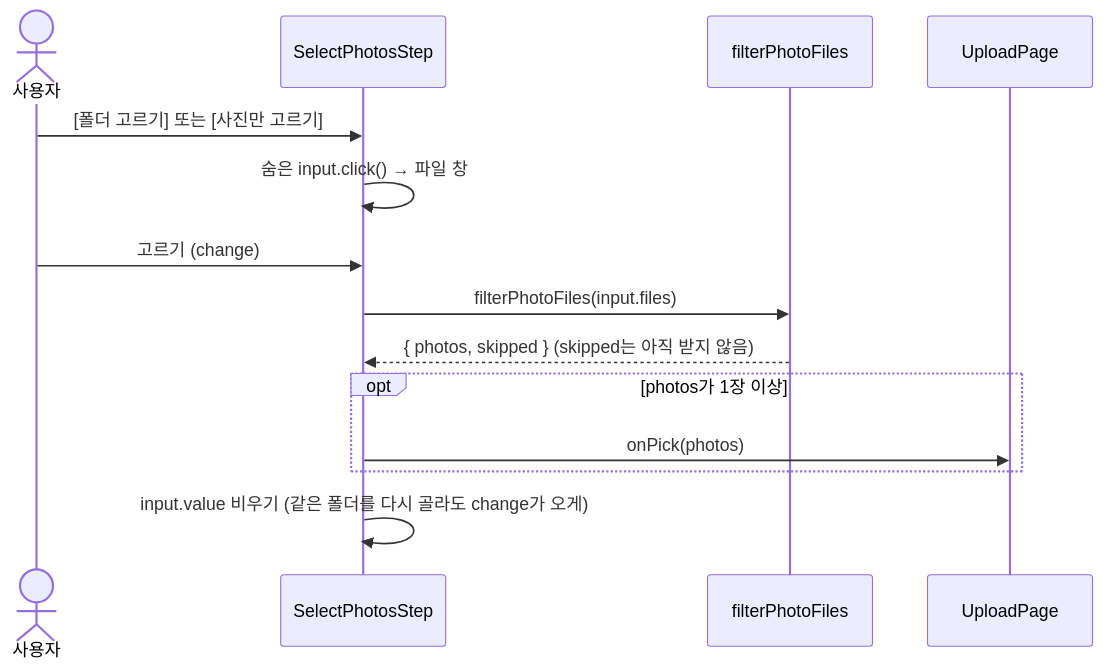
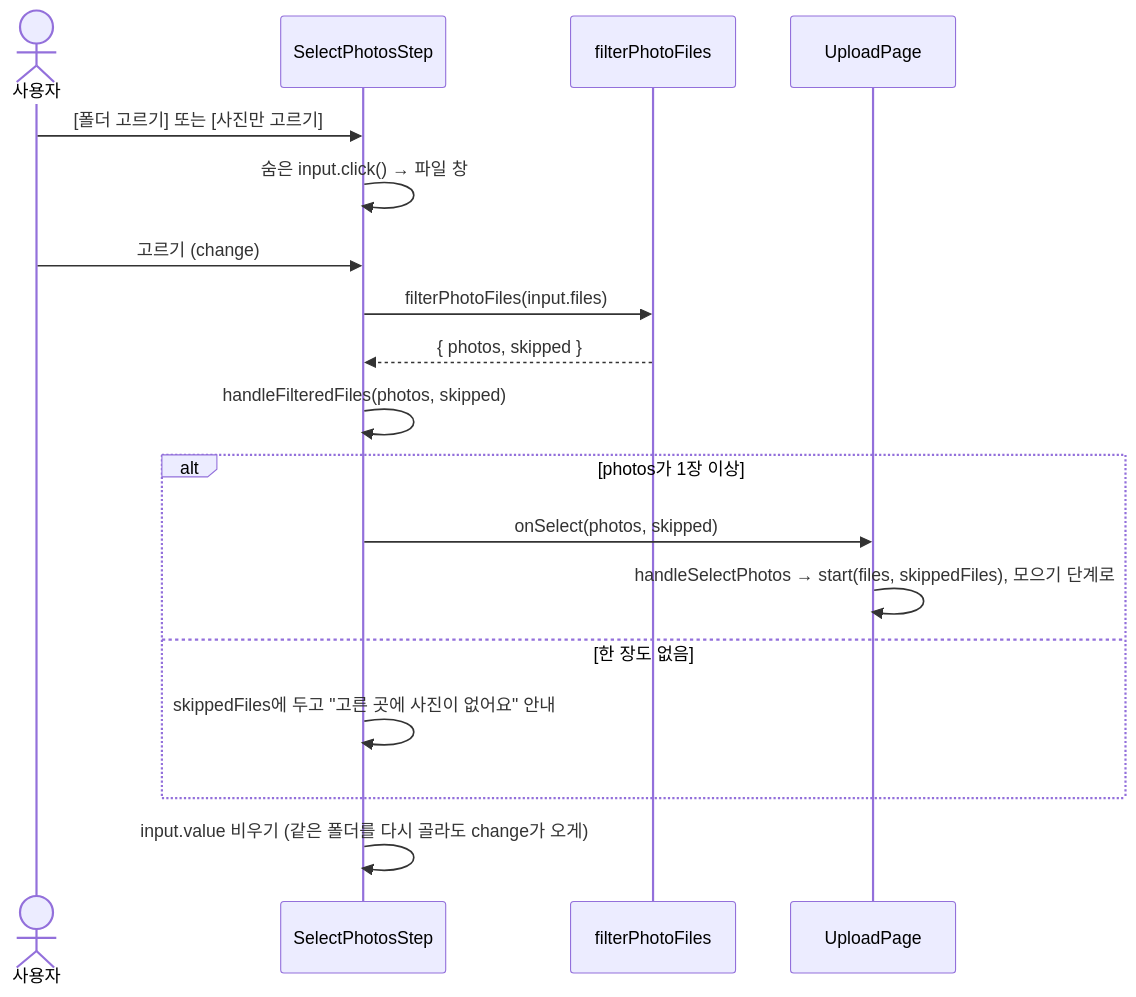
One commit to 2026-WebFW-1/danyeo-on changed the second of 3 diagrams in docs/upload/DROP_FLOW.md. Above: the diagram before and after it, drawn with Mermaid. The commit also changed other lines of this file and 17 other files, not shown here.

````diff
--- a/docs/upload/DROP_FLOW.md
+++ b/docs/upload/DROP_FLOW.md
@@ -60,17 +59,21 @@
 ```mermaid
 sequenceDiagram
     actor 사용자
     participant 화면 as SelectPhotosStep
     participant 거르기 as filterPhotoFiles
     participant 페이지 as UploadPage
 
     사용자->>화면: [폴더 고르기] 또는 [사진만 고르기]
     화면->>화면: 숨은 input.click() → 파일 창
     사용자->>화면: 고르기 (change)
     화면->>거르기: filterPhotoFiles(input.files)
-    거르기-->>화면: { photos, skipped } (skipped는 아직 받지 않음)
-    opt photos가 1장 이상
-        화면->>페이지: onPick(photos)
+    거르기-->>화면: { photos, skipped }
+    화면->>화면: handleFilteredFiles(photos, skipped)
+    alt photos가 1장 이상
+        화면->>페이지: onSelect(photos, skipped)
+        페이지->>페이지: handleSelectPhotos → start(files, skippedFiles), 모으기 단계로
+    else 한 장도 없음
+        화면->>화면: skippedFiles에 두고 "고른 곳에 사진이 없어요" 안내
     end
     화면->>화면: input.value 비우기 (같은 폴더를 다시 골라도 change가 오게)
 ```
````
